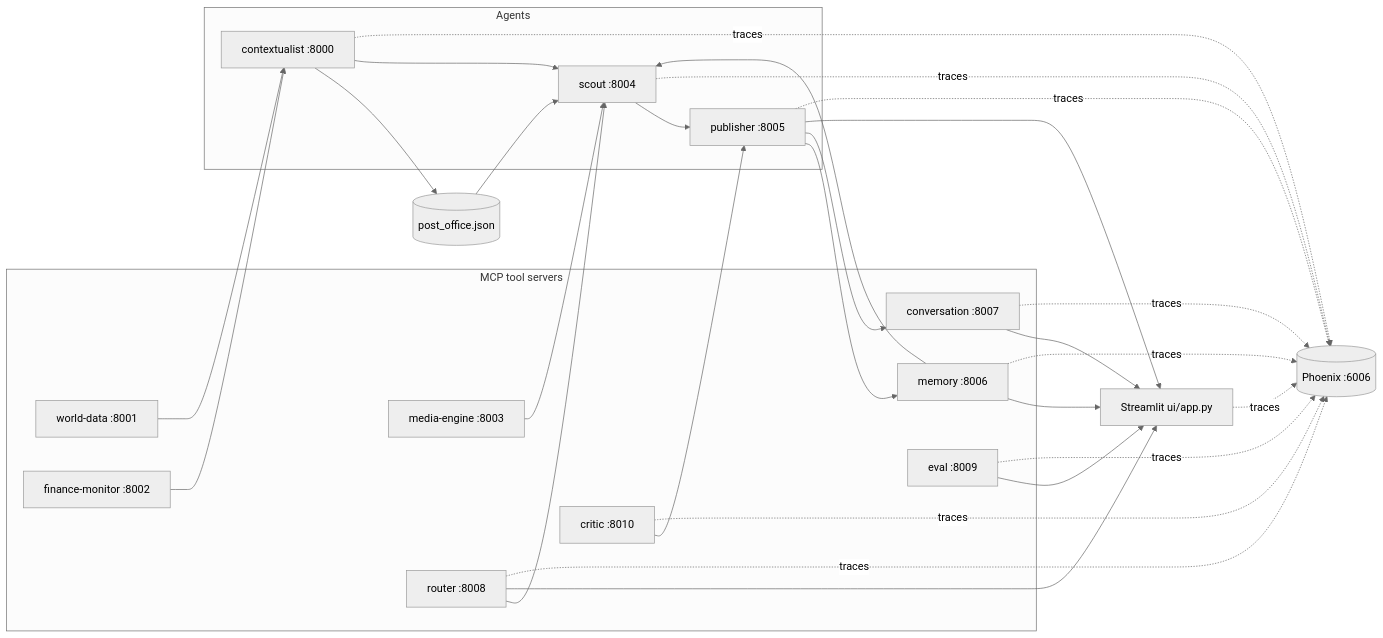
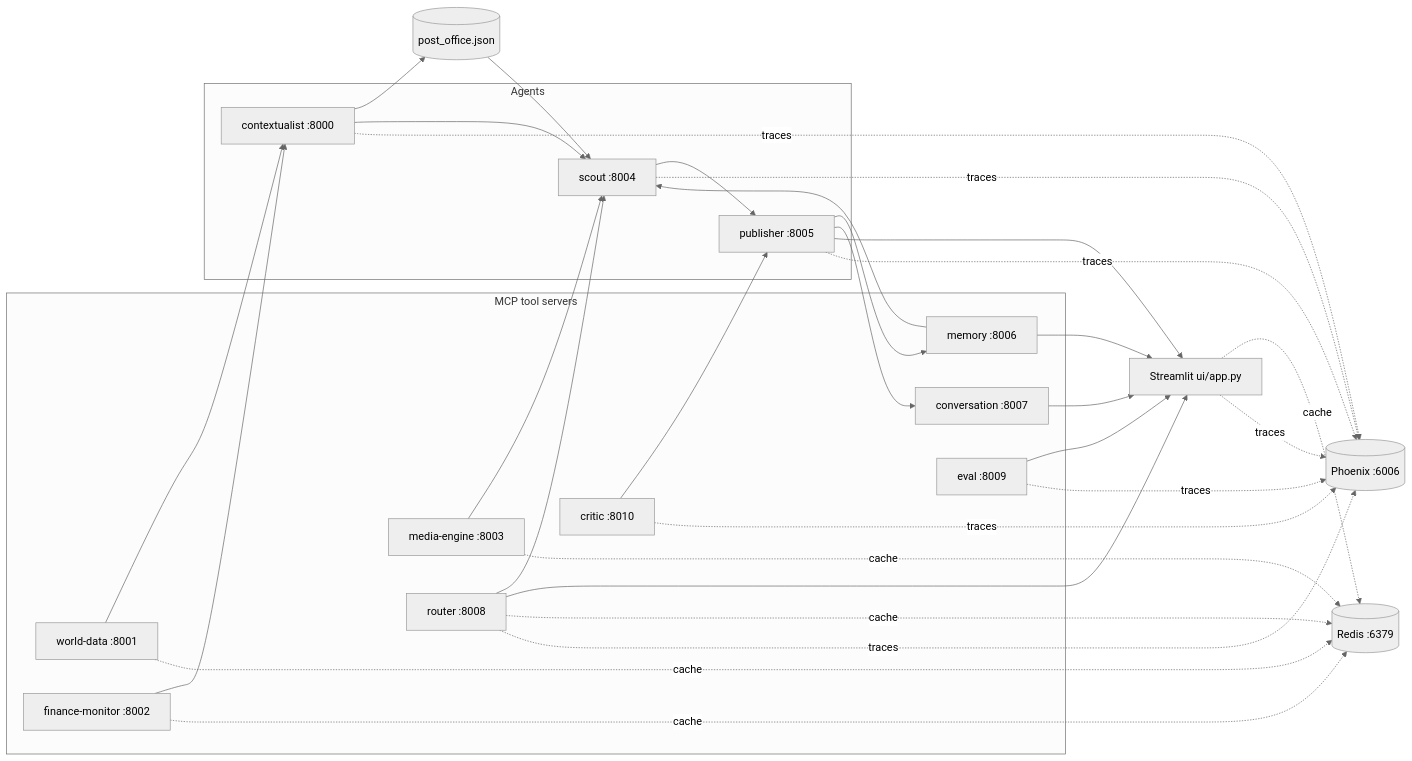
One commit to Keerthan22-sys/multi-agent-system-a2a-mcp changed the diagram in README.md. Above: the diagram before and after it, drawn with Mermaid (neutral theme). The commit also changed other lines of this file, not shown here.

Commit message:
docs: update README for Redis caching and LLM cost tracking

````diff
--- a/README.md
+++ b/README.md
@@ -7,47 +7,51 @@
 ```mermaid
 flowchart LR
   subgraph tools [MCP tool servers]
     WD[world-data :8001]
     FM[finance-monitor :8002]
     ME[media-engine :8003]
     MEM[memory :8006]
     CONV[conversation :8007]
     RT[router :8008]
     EV[eval :8009]
     CR[critic :8010]
   end
   subgraph agents [Agents]
     CTX[contextualist :8000]
     SC[scout :8004]
     PUB[publisher :8005]
   end
+  REDIS[(Redis :6379)]
   UI[Streamlit ui/app.py]
   PO[(post_office.json)]
   PHX[(Phoenix :6006)]
   RT --> SC
   WD --> CTX
   FM --> CTX
   CTX --> PO
   PO --> SC
   CTX --> SC
   ME --> SC
   MEM --> SC
   SC --> PUB
   CR --> PUB
   PUB --> MEM
   PUB --> CONV
   PUB --> UI
   MEM --> UI
   CONV --> UI
   RT --> UI
   EV --> UI
+  WD -.cache.-> REDIS
+  FM -.cache.-> REDIS
+  ME -.cache.-> REDIS
+  RT -.cache.-> REDIS
+  UI -.cache.-> REDIS
   CTX -.traces.-> PHX
   SC -.traces.-> PHX
   PUB -.traces.-> PHX
-  MEM -.traces.-> PHX
-  CONV -.traces.-> PHX
   RT -.traces.-> PHX
   EV -.traces.-> PHX
   CR -.traces.-> PHX
   UI -.traces.-> PHX
 ```
````
